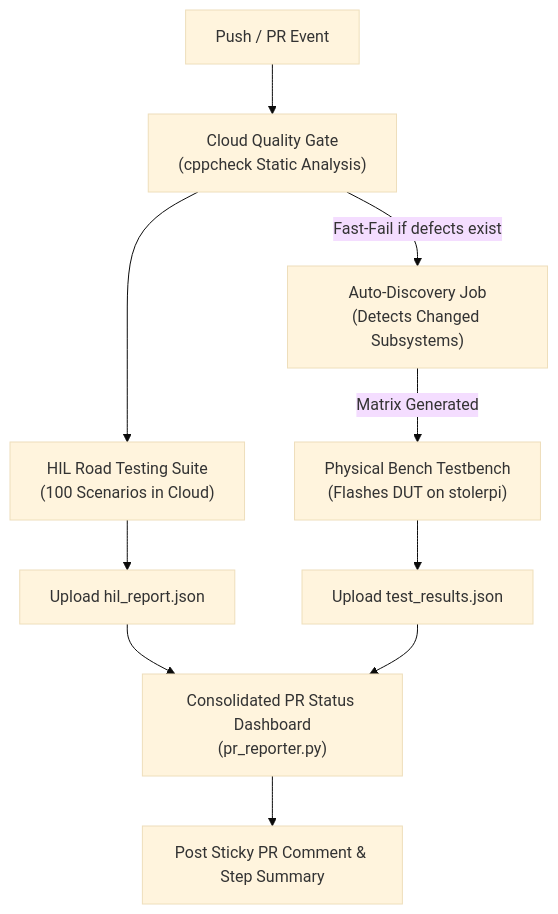
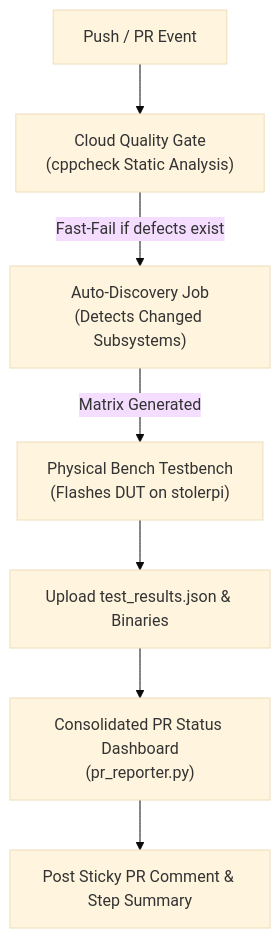
Before and after one commit to JuneKim0712/CAN-Testbench: the fourth of 4 diagrams in docs/CAN_TESTBENCH_STAGE_GUIDE.md, drawn with Mermaid (base theme). The commit also changed other lines of this file and 2 other files, not shown here.

Commit message:
chore: remove road_tester and update documentation

````diff
--- a/docs/CAN_TESTBENCH_STAGE_GUIDE.md
+++ b/docs/CAN_TESTBENCH_STAGE_GUIDE.md
@@ -275,12 +238,9 @@
 ```mermaid
 flowchart TD
     A["Push / PR Event"] --> B["Cloud Quality Gate<br/>(cppcheck Static Analysis)"]
     B -->|Fast-Fail if defects exist| C["Auto-Discovery Job<br/>(Detects Changed Subsystems)"]
-    B --> D["HIL Road Testing Suite<br/>(100 Scenarios in Cloud)"]
-    C -->|Matrix Generated| E["Physical Bench Testbench<br/>(Flashes DUT on stolerpi)"]
-    D --> F["Upload hil_report.json"]
-    E --> G["Upload test_results.json"]
-    F --> H["Consolidated PR Status Dashboard<br/>(pr_reporter.py)"]
-    G --> H
-    H --> I["Post Sticky PR Comment & Step Summary"]
+    C -->|Matrix Generated| D["Physical Bench Testbench<br/>(Flashes DUT on stolerpi)"]
+    D --> E["Upload test_results.json & Binaries"]
+    E --> F["Consolidated PR Status Dashboard<br/>(pr_reporter.py)"]
+    F --> G["Post Sticky PR Comment & Step Summary"]
 ```
````
